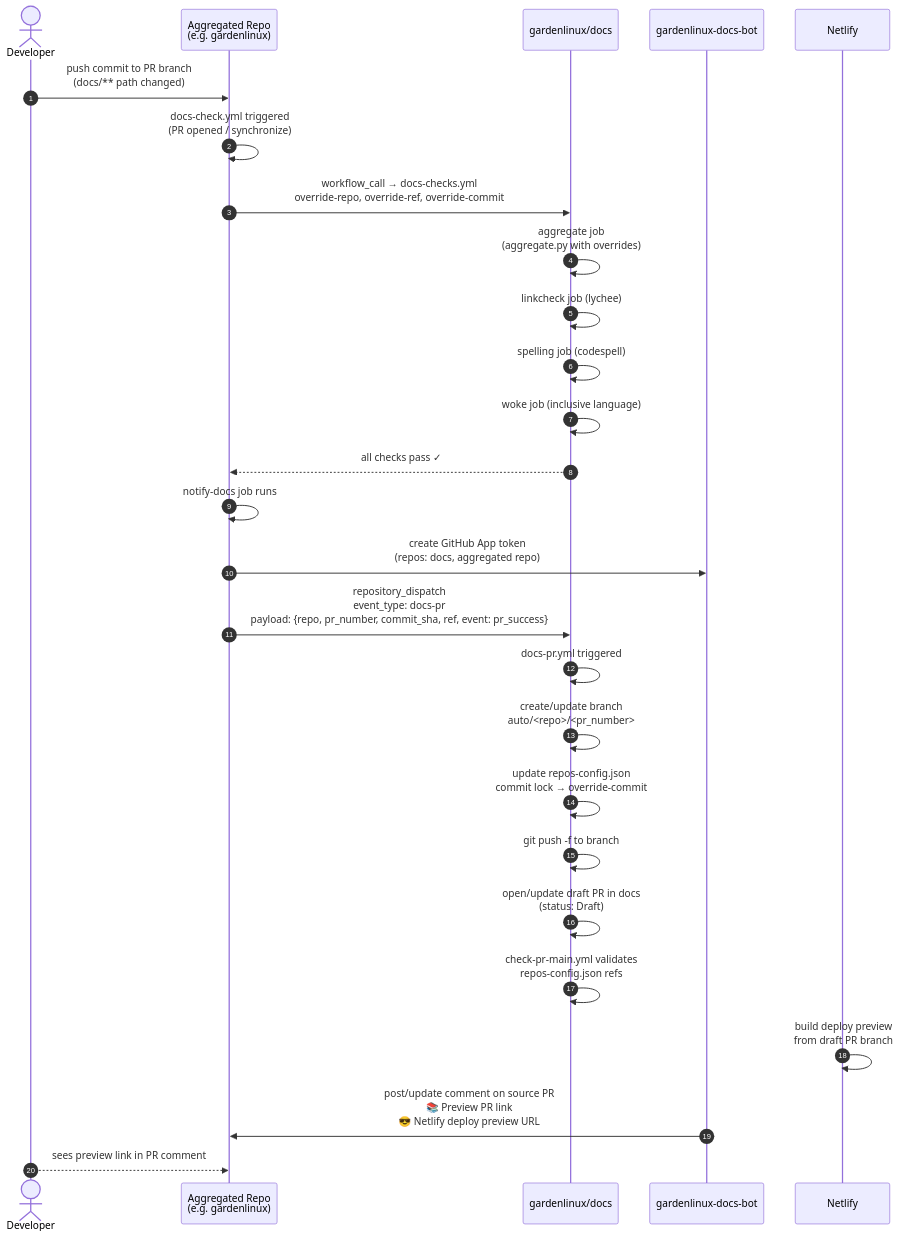
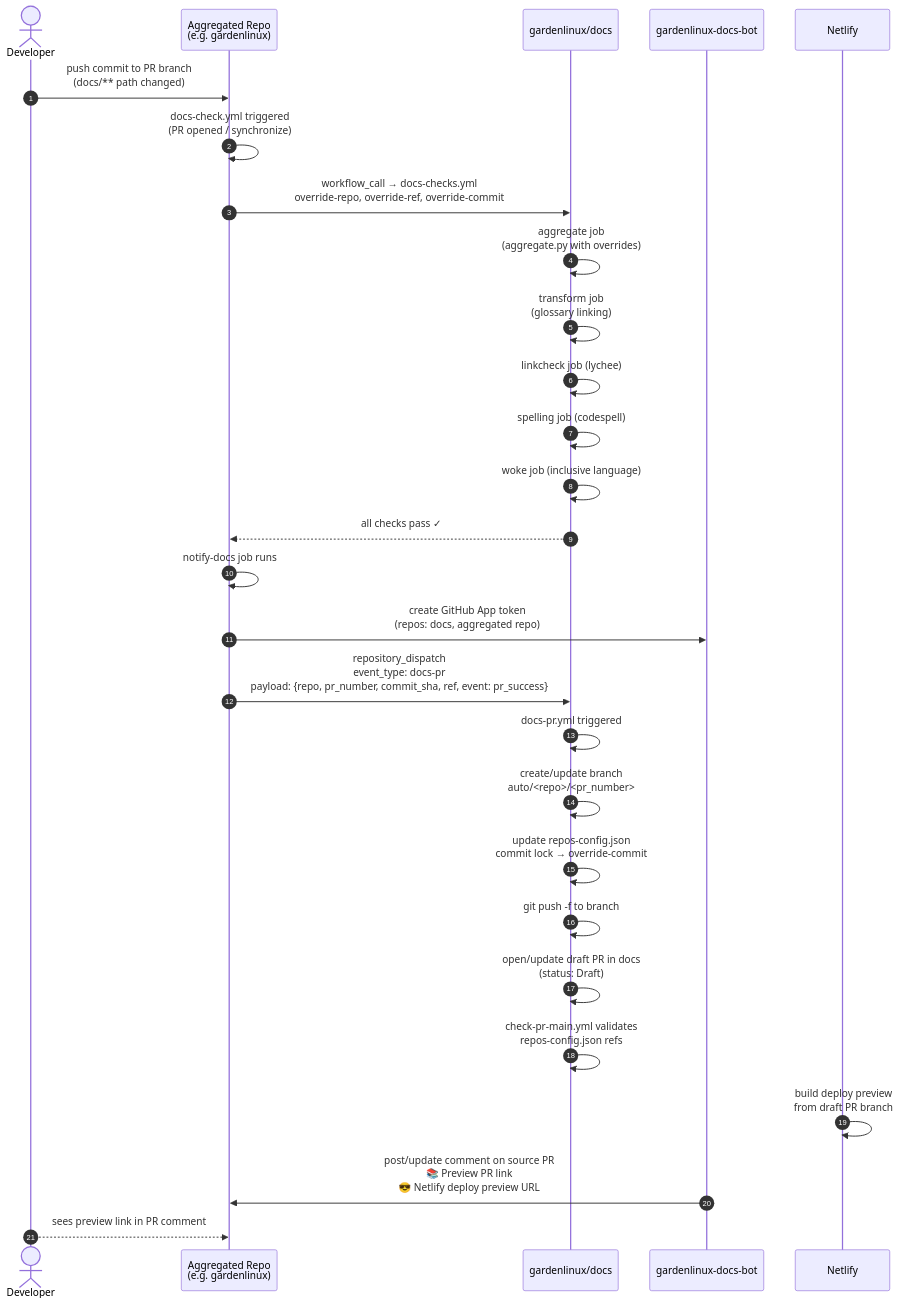
Before and after one commit to gardenlinux/docs-ng: the second of 3 diagrams in docs/contributing/documentation/ci-architecture.md, drawn with Mermaid. The commit also changed other lines of this file, not shown here.

Commit message:
Fix: Fixup Flowcharts in CI architecture

````diff
--- a/docs/contributing/documentation/ci-architecture.md
+++ b/docs/contributing/documentation/ci-architecture.md
@@ -142,30 +143,31 @@
 ```mermaid
 sequenceDiagram
     autonumber
     actor Dev as Developer
     participant SrcRepo as Aggregated Repo<br/>(e.g. gardenlinux)
     participant DocsNG as gardenlinux/docs
     participant Bot as gardenlinux-docs-bot
     participant Netlify
 
     Dev->>SrcRepo: push commit to PR branch<br/>(docs/** path changed)
     SrcRepo->>SrcRepo: docs-check.yml triggered<br/>(PR opened / synchronize)
     SrcRepo->>DocsNG: workflow_call → docs-checks.yml<br/>override-repo, override-ref, override-commit
     DocsNG->>DocsNG: aggregate job<br/>(aggregate.py with overrides)
+    DocsNG->>DocsNG: transform job<br/>(glossary linking)
     DocsNG->>DocsNG: linkcheck job (lychee)
     DocsNG->>DocsNG: spelling job (codespell)
     DocsNG->>DocsNG: woke job (inclusive language)
     DocsNG-->>SrcRepo: all checks pass ✓
     SrcRepo->>SrcRepo: notify-docs job runs
     SrcRepo->>Bot: create GitHub App token<br/>(repos: docs, aggregated repo)
     SrcRepo->>DocsNG: repository_dispatch<br/>event_type: docs-pr<br/>payload: {repo, pr_number, commit_sha, ref, event: pr_success}
     DocsNG->>DocsNG: docs-pr.yml triggered
     DocsNG->>DocsNG: create/update branch<br/>auto/<repo>/<pr_number>
     DocsNG->>DocsNG: update repos-config.json<br/>commit lock → override-commit
     DocsNG->>DocsNG: git push -f to branch
     DocsNG->>DocsNG: open/update draft PR in docs<br/>(status: Draft)
     DocsNG->>DocsNG: check-pr-main.yml validates<br/>repos-config.json refs
     Netlify->>Netlify: build deploy preview<br/>from draft PR branch
     Bot->>SrcRepo: post/update comment on source PR<br/>📚 Preview PR link<br/>😎 Netlify deploy preview URL
     Dev-->>SrcRepo: sees preview link in PR comment
 ```
````
